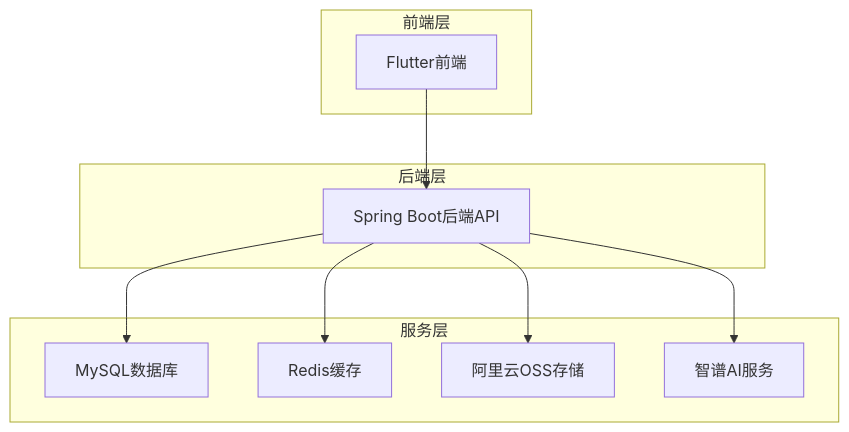
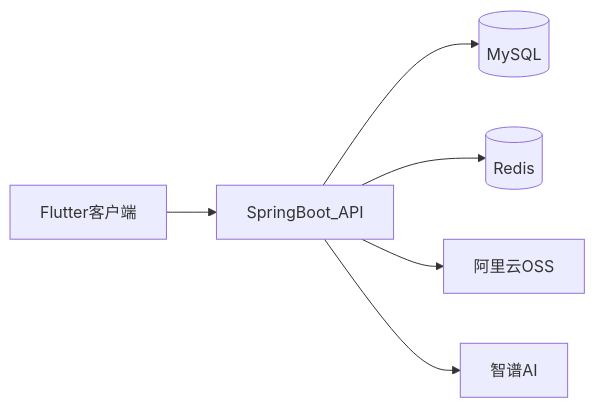
Before and after one commit to liberty-ask/xiji: the diagram in README.md, drawn with Mermaid. The commit also changed other lines of this file, not shown here.

Commit message:
docs: 重写README 并补充界面截图

````diff
--- a/README.md
+++ b/README.md
@@ -31,23 +35,8 @@
 ```mermaid
-flowchart TD
-    A[Flutter前端] --> B[Spring Boot后端API]
-    B --> C[MySQL数据库]
-    B --> D[Redis缓存]
-    B --> E[阿里云OSS存储]
-    B --> F[智谱AI服务]
-    
-    subgraph 前端层
-    A
-    end
-    
-    subgraph 后端层
-    B
-    end
-    
-    subgraph 服务层
-    C
-    D
-    E
-    F
-    end
+flowchart LR
+  FlutterApp[Flutter客户端] --> Api[SpringBoot_API]
+  Api --> MySQL[(MySQL)]
+  Api --> Redis[(Redis)]
+  Api --> OSS[阿里云OSS]
+  Api --> Zhipu[智谱AI]
 ```
````
